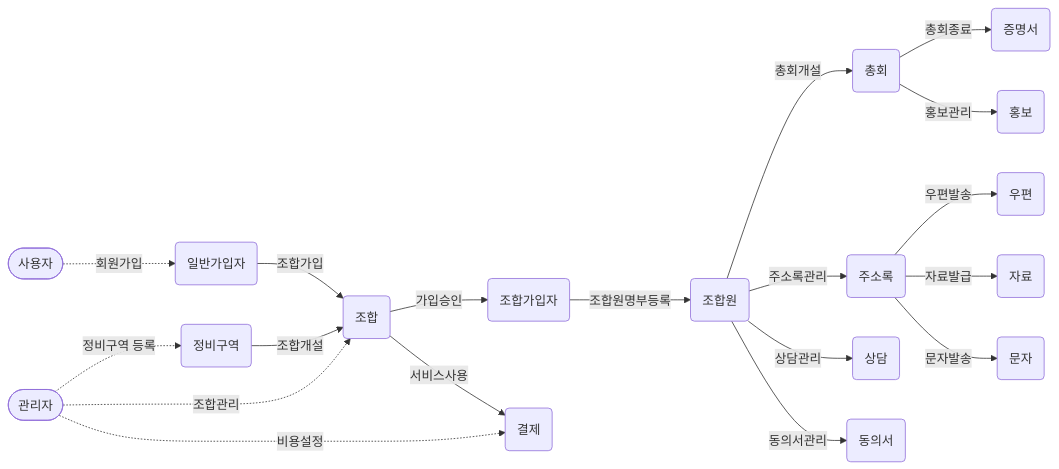
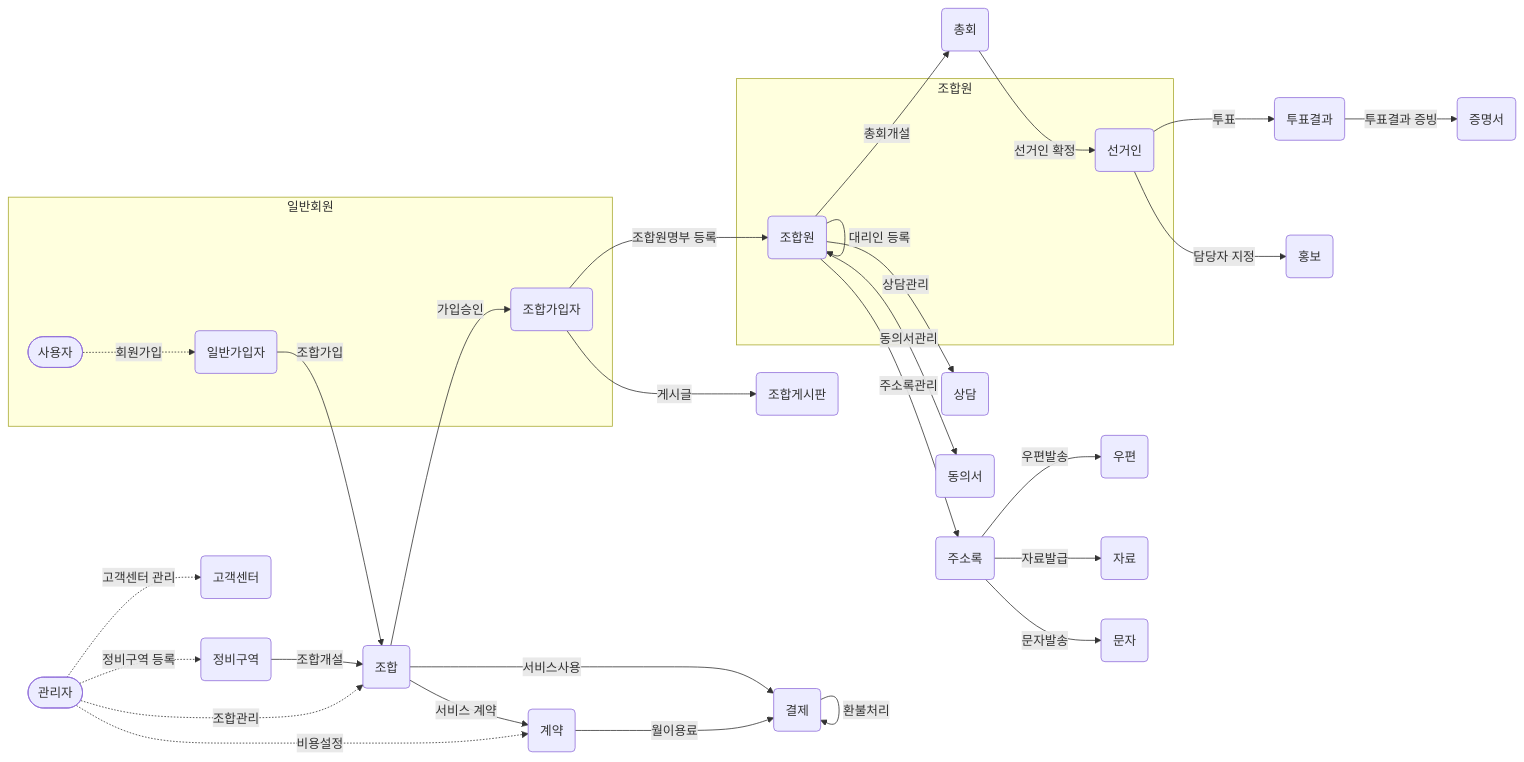
Before and after one commit to next-step/career-domain: the second of 2 diagrams in Domain/domainModel-submit.md, drawn with Mermaid. The commit also changed other lines of this file, not shown here.

Commit message:
fix: 상세 및 상위 도메인 수정

````diff
--- a/Domain/domainModel-submit.md
+++ b/Domain/domainModel-submit.md
@@ -49,39 +49,56 @@
 ```mermaid
 flowchart LR
     Admin([관리자])
     User([사용자])
     BizZone(정비구역)
     Union(조합)
+    Contract(계약)
     Member(일반가입자)
     UnionMember(조합가입자)
+    Board(조합게시판)
     UnionRegister(조합원)
     Address(주소록)
     Meet(총회)
+    Elector(선거인)
+    Vote(투표결과)
     Certificate(증명서)
     Promotion(홍보)
     Post(우편)
     Document(자료)
     Sms(문자)
     Counsel(상담)
     Agreement(동의서)
     Payment(결제)
+    CS(고객센터)
 
+    Union-->|가입승인|UnionMember
+    Admin-.->|고객센터 관리|CS
     Admin-.->|정비구역 등록|BizZone
-    Admin-.->|비용설정|Payment
+    Admin-.->|비용설정|Contract
     Admin-.->|조합관리|Union
-
+    
     BizZone-->|조합개설|Union
-    User-.->|회원가입|Member
+    subgraph 일반회원
+        User-.->|회원가입|Member
+        UnionMember
+    end
+    UnionMember-->|게시글|Board
+    UnionMember-->|조합원명부 등록|UnionRegister
+    subgraph 조합원
+        UnionRegister
+        UnionRegister-->|대리인 등록|UnionRegister
+        Elector
+    end
     Member-->|조합가입|Union
+    Union-->|서비스 계약|Contract
+    Contract-->|월이용료|Payment
     Union-->|서비스사용|Payment
-    Union-->|가입승인|UnionMember
-    UnionMember-->|조합원명부등록|UnionRegister
-
-    UnionRegister-->|총회개설|Meet-->|총회종료|Certificate
-    Meet-->|홍보관리|Promotion
+    Payment-->|환불처리|Payment
+    UnionRegister-->|총회개설|Meet-->|선거인 확정|Elector-->|투표|Vote-->|투표결과 증빙|Certificate
+    Elector-->|담당자 지정|Promotion
     UnionRegister-->|주소록관리|Address-->|우편발송|Post
     Address-->|자료발급|Document
     Address-->|문자발송|Sms
     UnionRegister-->|상담관리|Counsel
     UnionRegister-->|동의서관리|Agreement
 ```
````
